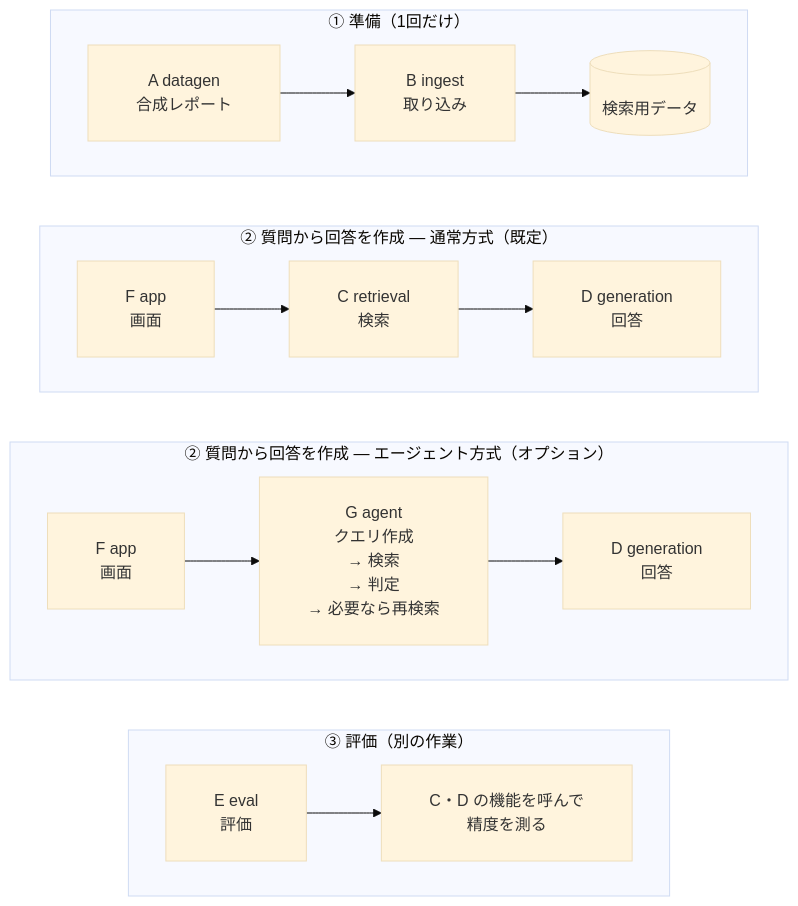
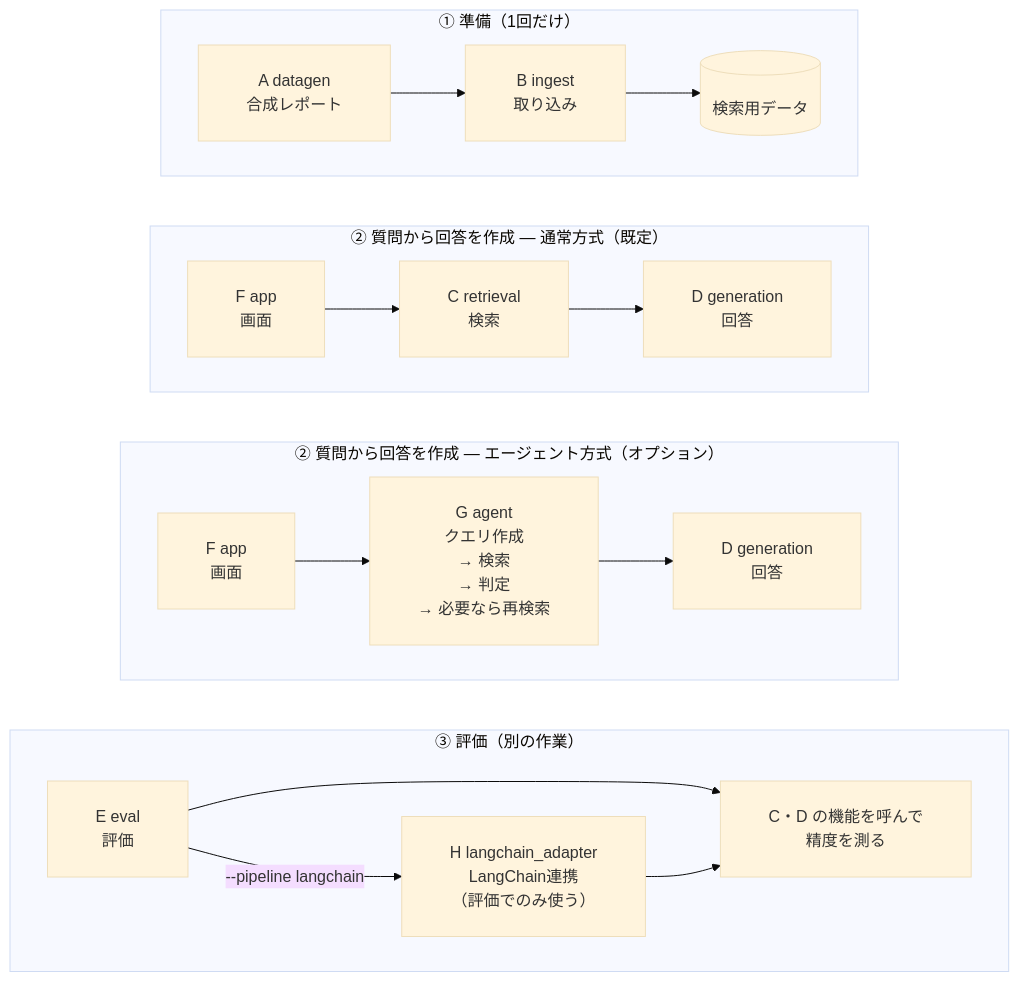
One commit to satoshi-abe-dev/silo-rag changed the first of 3 diagrams in README_ja.md. Above: the diagram before and after it, drawn with Mermaid (base theme). The commit also changed other lines of this file and 1 other file, not shown here.

First line of the commit message:
Add node H to the architecture diagram

````diff
--- a/README_ja.md
+++ b/README_ja.md
@@ -137,23 +137,24 @@
 ```mermaid
 %%{init: {"flowchart": {"padding": 24, "wrappingWidth": 400}}}%%
 graph TB
     subgraph prep["① 準備（1回だけ）"]
         direction LR
         A["A datagen<br/>合成レポート"] --> B["B ingest<br/>取り込み"] --> DB[("検索用データ")]
     end
     subgraph plain["② 質問から回答を作成 ― 通常方式（既定）"]
         direction LR
         F1["F app<br/>画面"] --> C1["C retrieval<br/>検索"] --> D1["D generation<br/>回答"]
     end
     subgraph agent["② 質問から回答を作成 ― エージェント方式（オプション）"]
         direction LR
         F2["F app<br/>画面"] --> G["G agent<br/>クエリ作成<br/>→ 検索<br/>→ 判定<br/>→ 必要なら再検索"] --> D2["D generation<br/>回答"]
     end
     subgraph ev["③ 評価（別の作業）"]
         direction LR
         E["E eval<br/>評価"] --> CD["C・D の機能を呼んで<br/>精度を測る"]
+        E -->|"--pipeline langchain"| H["H langchain_adapter<br/>LangChain連携<br/>（評価でのみ使う）"] --> CD
     end
     prep ~~~ plain
     plain ~~~ agent
     agent ~~~ ev
 ```
````
